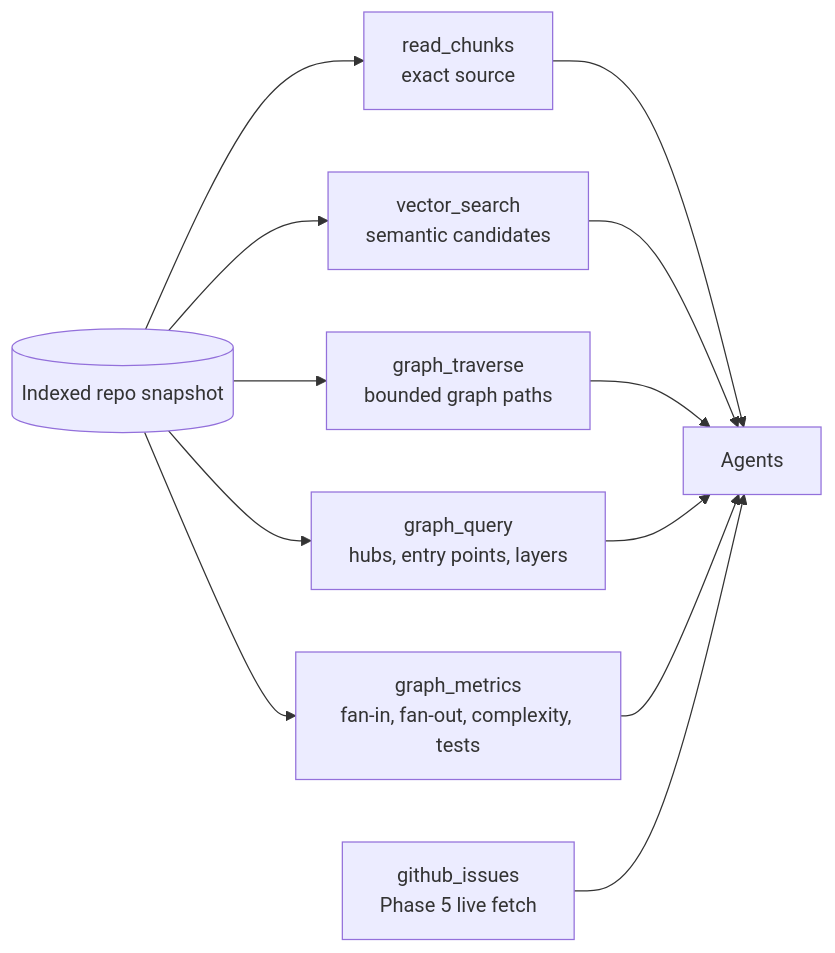
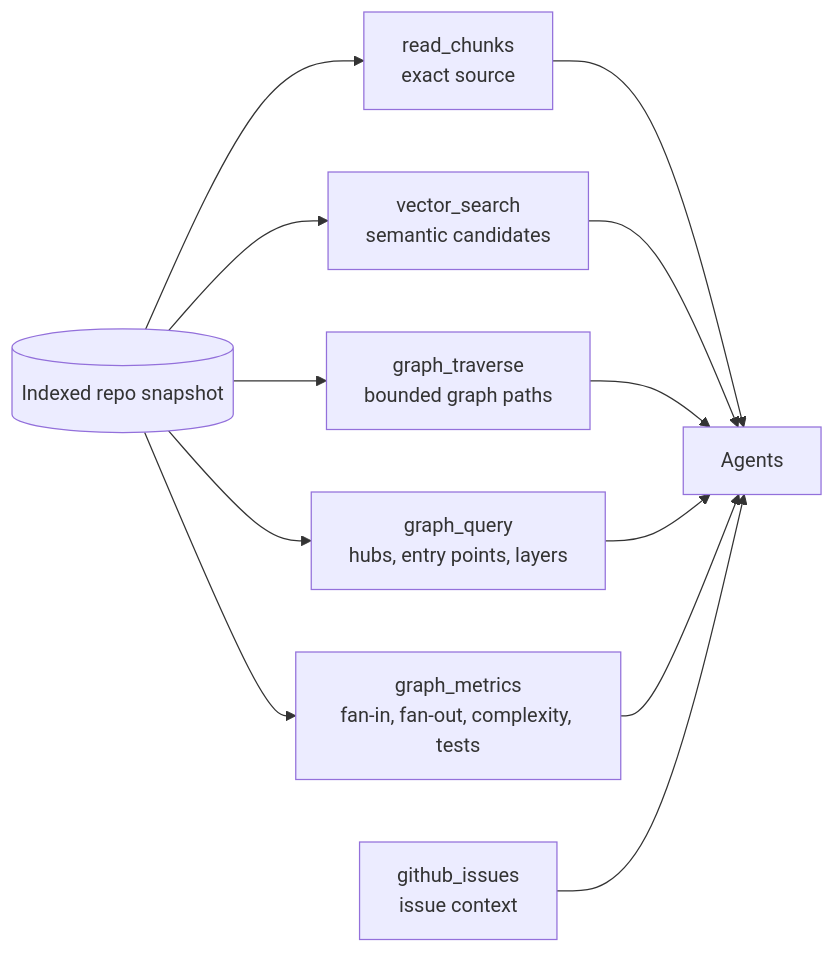
One commit to ayushkumar320/RepoPilot changed the fifth of 5 diagrams in README.md. Above: the diagram before and after it, drawn with Mermaid. The commit also changed other lines of this file and 4 other files, not shown here.

````diff
--- a/README.md
+++ b/README.md
@@ -169,18 +169,18 @@
 ```mermaid
 flowchart LR
     source[("Indexed repo snapshot")]
     read["read_chunks<br/>exact source"]
     vector["vector_search<br/>semantic candidates"]
     traverse["graph_traverse<br/>bounded graph paths"]
     query["graph_query<br/>hubs, entry points, layers"]
     metrics["graph_metrics<br/>fan-in, fan-out, complexity, tests"]
-    issues["github_issues<br/>Phase 5 live fetch"]
+    issues["github_issues<br/>issue context"]
     agents["Agents"]
 
     source --> read --> agents
     source --> vector --> agents
     source --> traverse --> agents
     source --> query --> agents
     source --> metrics --> agents
     issues --> agents
 ```
````
